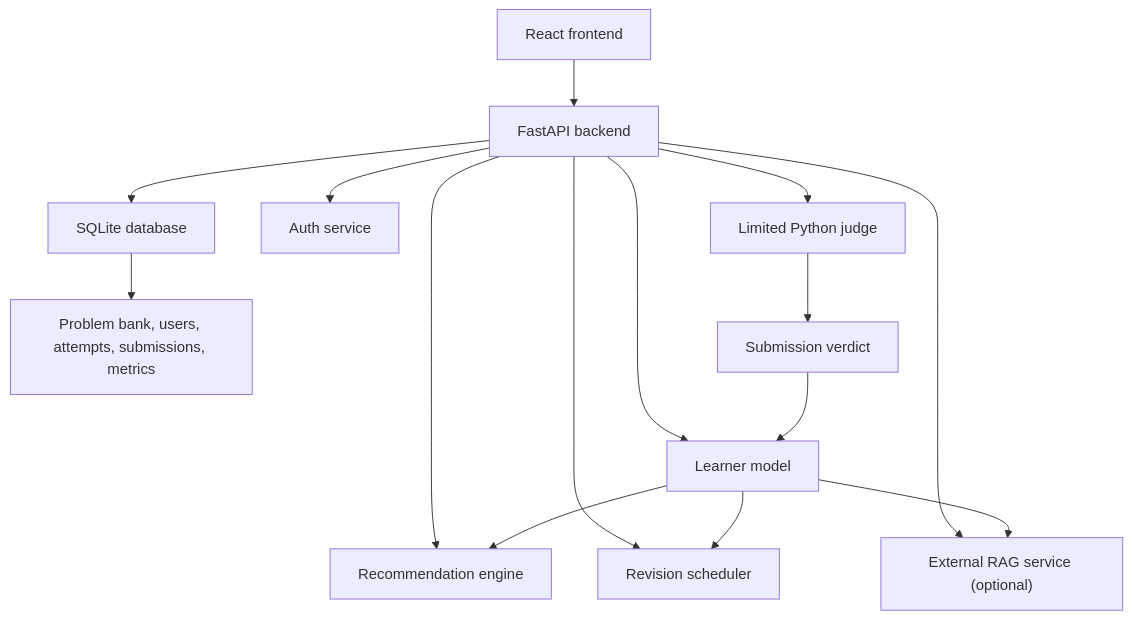
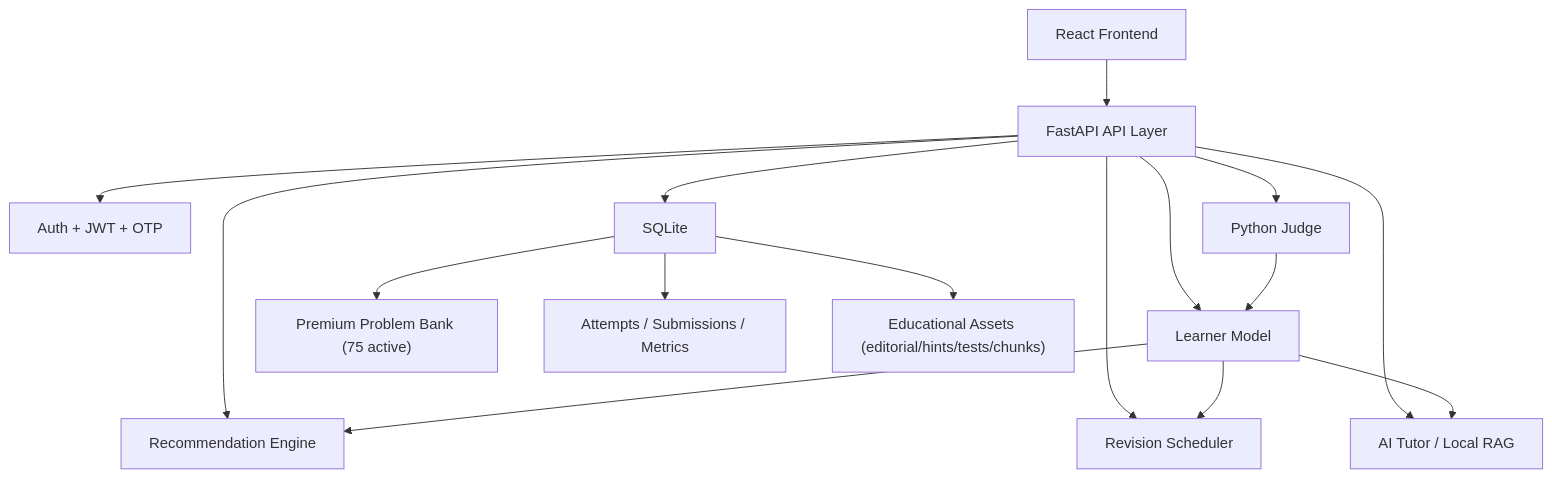
One commit to anshusinha26/Intelligent-Learning-Assistant-for-Coding-based-on-ITS changed the diagram in README.md. Above: the diagram before and after it, drawn with Mermaid. The commit also changed other lines of this file and 157 other files, not shown here.

Commit message:
Phase 1–6 Complete: Adaptive Intelligent Tutoring System with Premium Problem Bank

````diff
--- a/README.md
+++ b/README.md
@@ -61,17 +37,20 @@
 ```mermaid
 flowchart TD
-  A["React frontend"] --> B["FastAPI backend"]
-  B --> C["SQLite database"]
-  B --> D["Auth service"]
-  B --> E["Learner model"]
-  B --> F["Recommendation engine"]
-  B --> G["Revision scheduler"]
-  B --> H["Limited Python judge"]
-  B --> K["External RAG service (optional)"]
-  C --> I["Problem bank, users, attempts, submissions, metrics"]
-  H --> J["Submission verdict"]
-  J --> E
-  E --> F
-  E --> G
-  E --> K
+  UI["React Frontend"] --> API["FastAPI API Layer"]
+  API --> AUTH["Auth + JWT + OTP"]
+  API --> DB["SQLite"]
+  API --> JUDGE["Python Judge"]
+  API --> LM["Learner Model"]
+  API --> REC["Recommendation Engine"]
+  API --> REV["Revision Scheduler"]
+  API --> RAG["AI Tutor / Local RAG"]
+
+  DB --> PB["Premium Problem Bank (75 active)"]
+  DB --> MET["Attempts / Submissions / Metrics"]
+  DB --> ED["Educational Assets (editorial/hints/tests/chunks)"]
+
+  JUDGE --> LM
+  LM --> REC
+  LM --> REV
+  LM --> RAG
 ```
````
